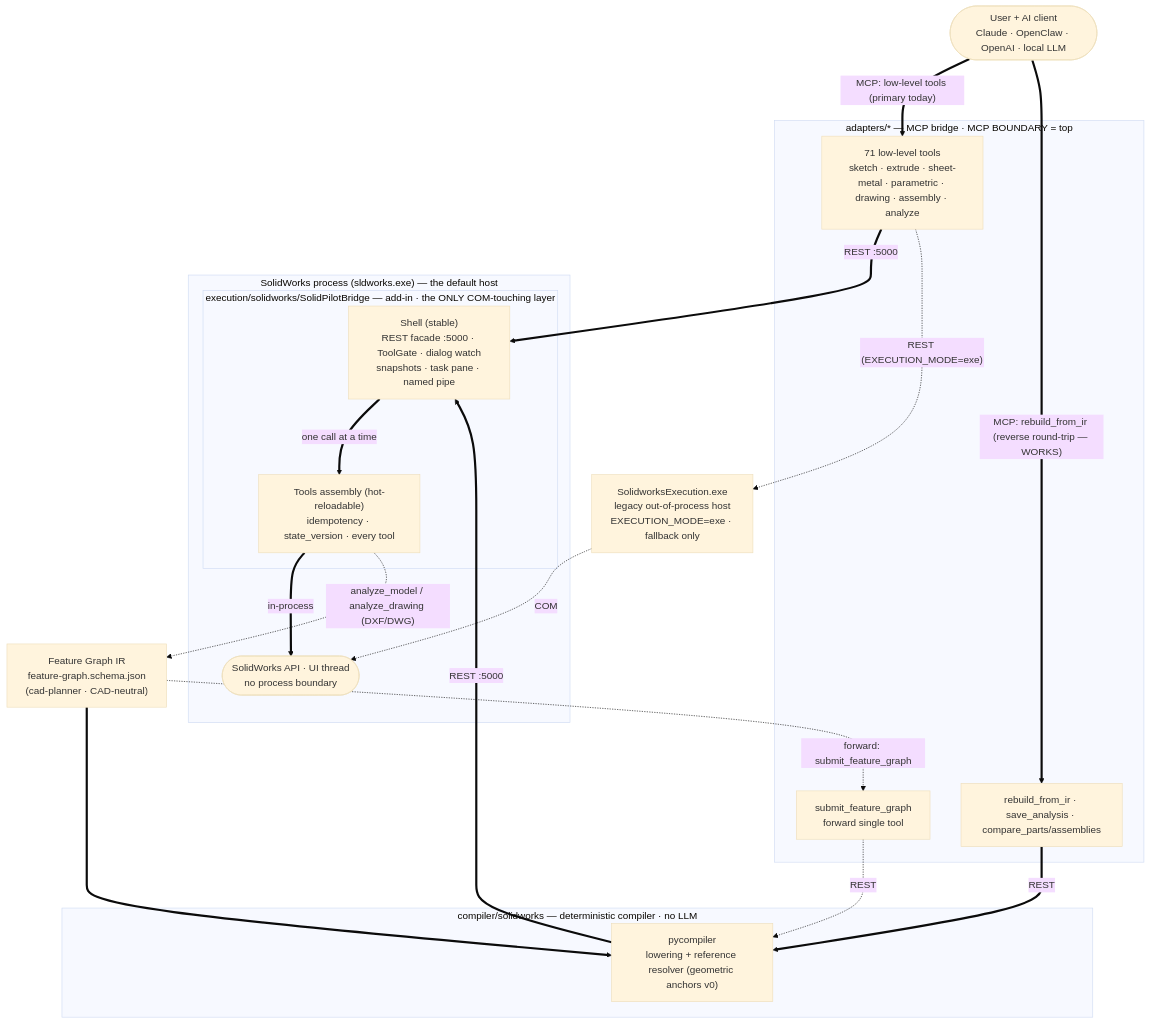
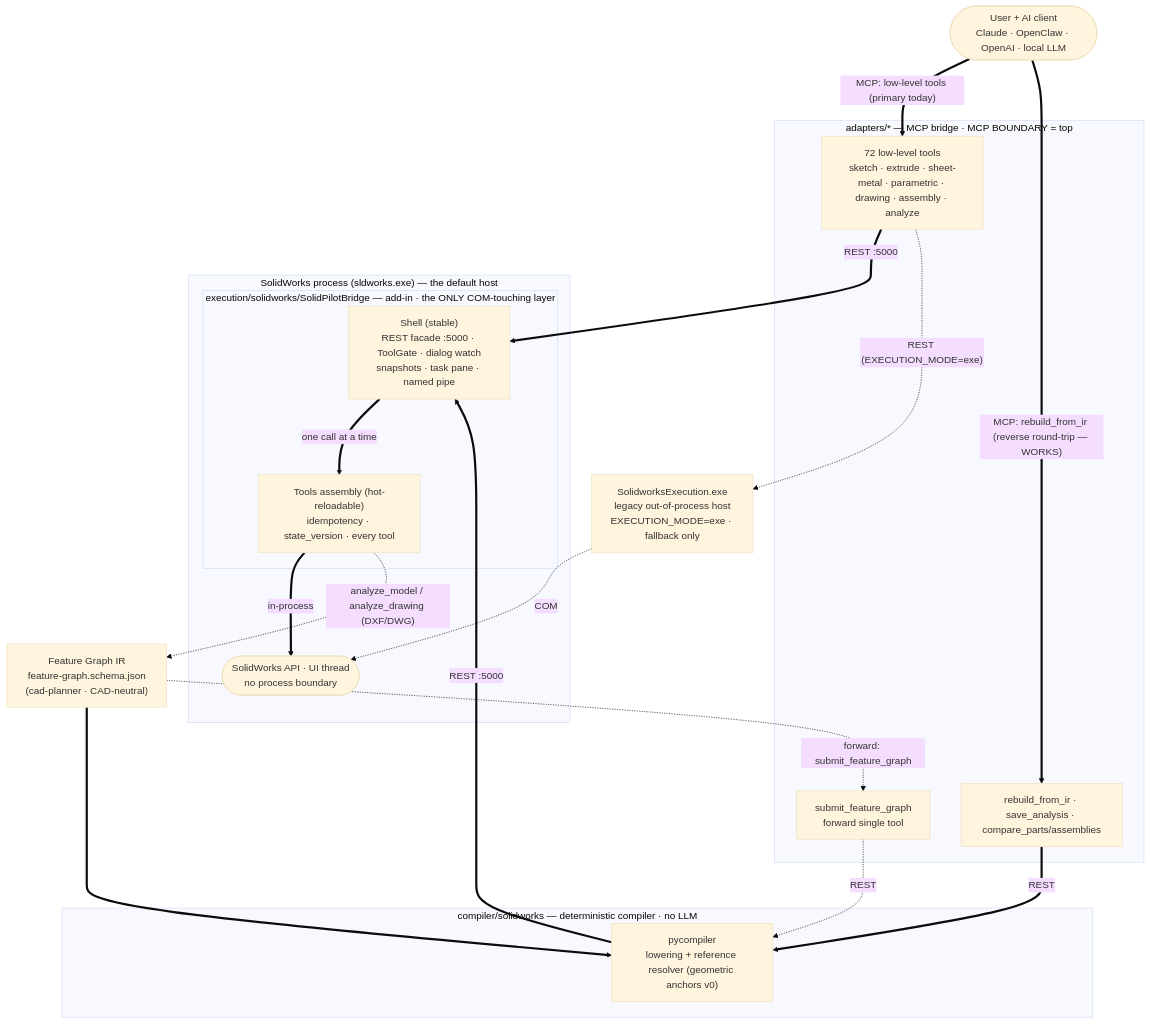
One commit to MFlego/SolidMetalPilot changed the diagram in README.md. Above: the diagram before and after it, drawn with Mermaid (base theme). The commit also changed other lines of this file and 23 other files, not shown here.

````diff
--- a/README.md
+++ b/README.md
@@ -49,47 +49,47 @@
 ```mermaid
 flowchart TD
     U(["User + AI client<br/>Claude · OpenClaw · OpenAI · local LLM"])
 
     subgraph ADAPT["adapters/* — MCP bridge · MCP BOUNDARY = top"]
-        LOW["71 low-level tools<br/>sketch · extrude · sheet-metal · parametric · drawing · assembly · analyze"]
+        LOW["72 low-level tools<br/>sketch · extrude · sheet-metal · parametric · drawing · assembly · analyze"]
         RIR["rebuild_from_ir · save_analysis · compare_parts/assemblies"]
         SFG["submit_feature_graph<br/>forward single tool"]
     end
 
     IR["Feature Graph IR<br/>feature-graph.schema.json<br/>(cad-planner · CAD-neutral)"]
 
     subgraph COMP["compiler/solidworks — deterministic compiler · no LLM"]
         CO["pycompiler<br/>lowering + reference resolver (geometric anchors v0)"]
     end
 
     subgraph SWP["SolidWorks process (sldworks.exe) — the default host"]
         subgraph BR["execution/solidworks/SolidPilotBridge — add-in · the ONLY COM-touching layer"]
             SH["Shell (stable)<br/>REST facade :5000 · ToolGate · dialog watch<br/>snapshots · task pane · named pipe"]
             TL["Tools assembly (hot-reloadable)<br/>idempotency · state_version · every tool"]
         end
         API(["SolidWorks API · UI thread<br/>no process boundary"])
     end
 
     EXE["SolidworksExecution.exe<br/>legacy out-of-process host<br/>EXECUTION_MODE=exe · fallback only"]
 
     %% Working today (thick)
     U == "MCP: low-level tools (primary today)" ==> LOW
     LOW == "REST :5000" ==> SH
     U == "MCP: rebuild_from_ir (reverse round-trip — WORKS)" ==> RIR
     IR ==> CO
     RIR == "REST" ==> CO
     CO == "REST :5000" ==> SH
     SH == "one call at a time" ==> TL
     TL == "in-process" ==> API
 
     %% Fallback host (dotted): same REST contract and the same tool source, in its own process
     LOW -. "REST (EXECUTION_MODE=exe)" .-> EXE
     EXE -. "COM" .-> API
 
     %% Reverse discovery step: read an existing part → propose an IR
     TL -. "analyze_model / analyze_drawing (DXF/DWG)" .-> IR
 
     %% Planned forward collapse (dashed)
     IR -. "forward: submit_feature_graph" .-> SFG
     SFG -. "REST" .-> CO
 ```
````
